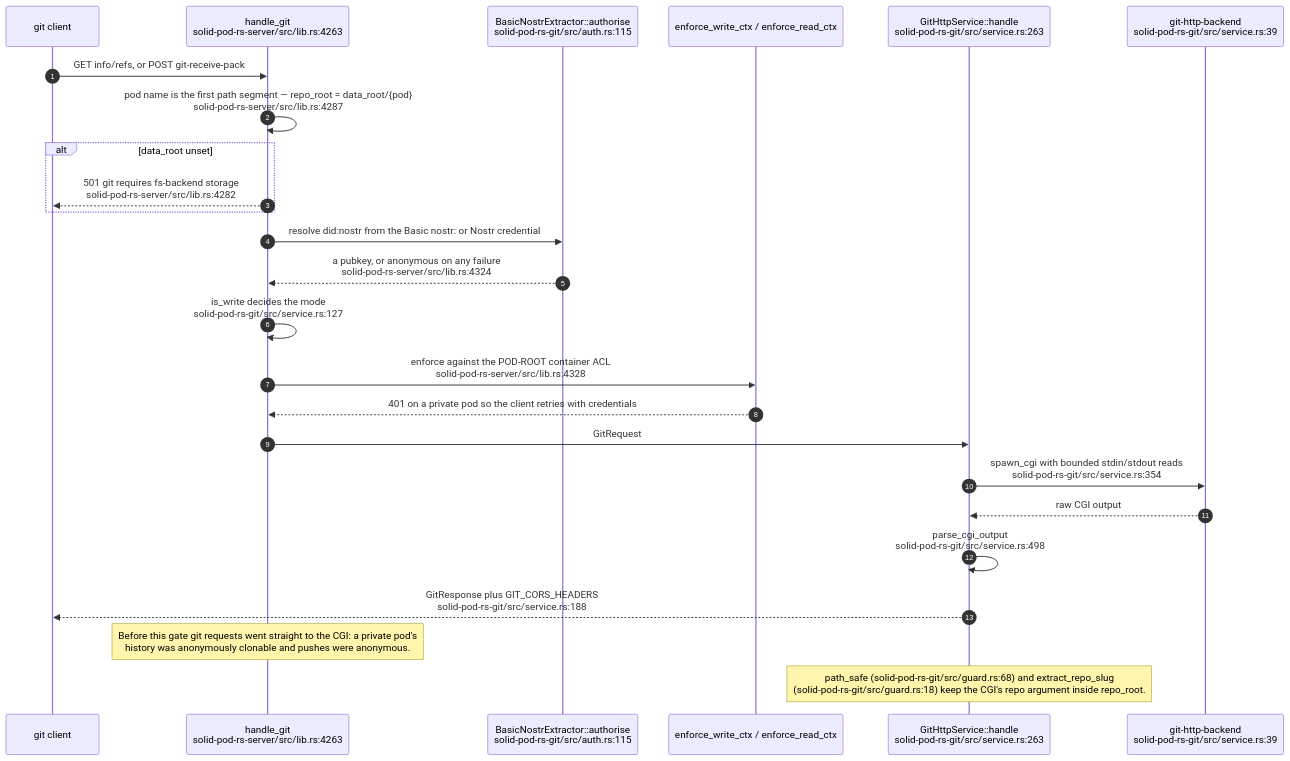
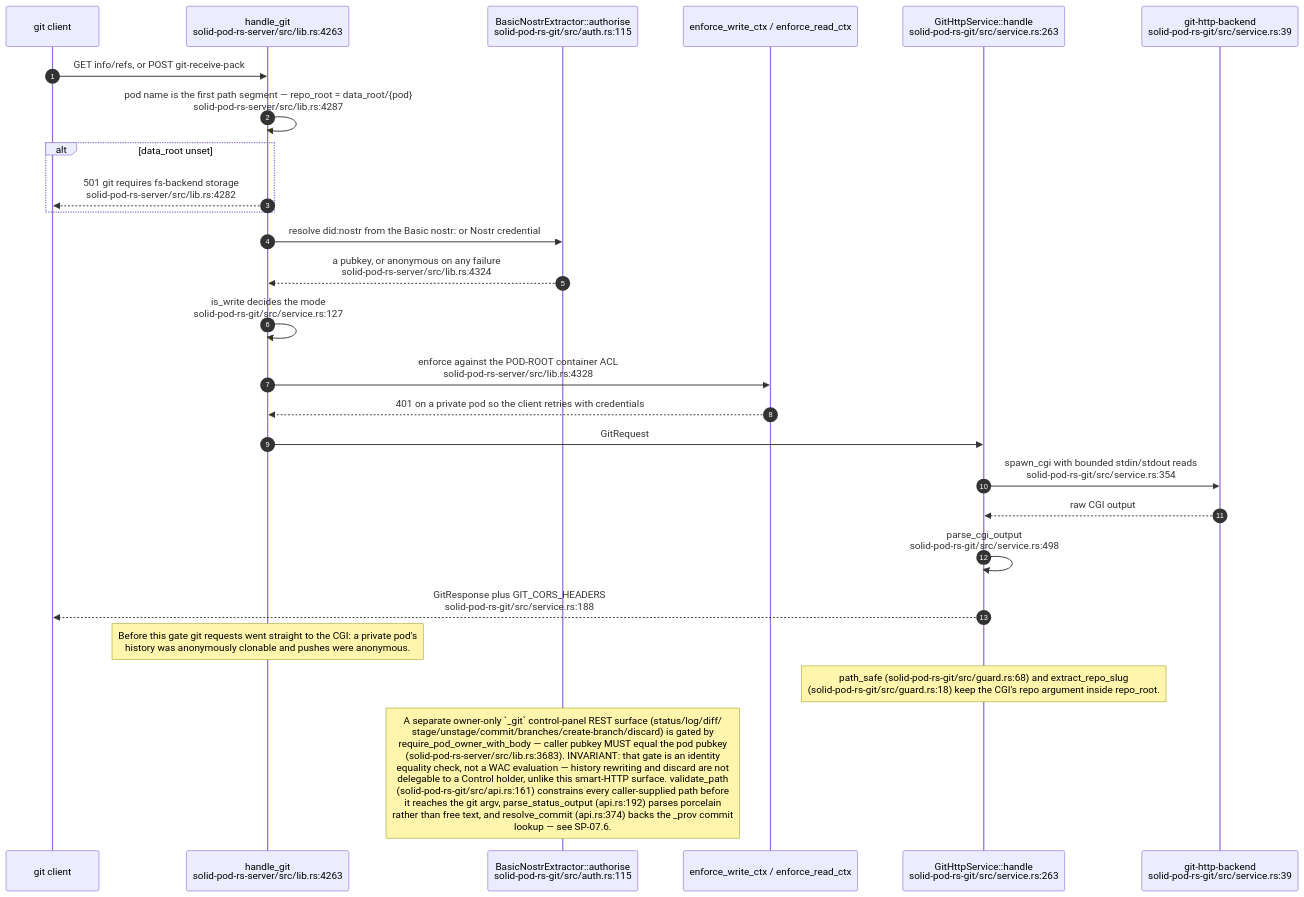
Before and after one commit to DreamLab-AI/VisionFlow: diagram 11 of 11 in docs/diagrams/solid-pod-rs/06-storage-quota-and-git-pods.md, drawn with Mermaid. The commit also changed other lines of this file and 136 other files, not shown here.

First line of the commit message:
docs(diagrams): refresh the whole corpus to code HEAD and prune low-value diagrams

````diff
--- a/docs/diagrams/solid-pod-rs/06-storage-quota-and-git-pods.md
+++ b/docs/diagrams/solid-pod-rs/06-storage-quota-and-git-pods.md
@@ -319,29 +308,30 @@
 ```mermaid
 sequenceDiagram
     autonumber
     participant C as git client
     participant H as handle_git<br/>solid-pod-rs-server/src/lib.rs:4263
     participant A as BasicNostrExtractor::authorise<br/>solid-pod-rs-git/src/auth.rs:115
     participant W as enforce_write_ctx / enforce_read_ctx
     participant S as GitHttpService::handle<br/>solid-pod-rs-git/src/service.rs:263
     participant CGI as git-http-backend<br/>solid-pod-rs-git/src/service.rs:39
 
     C->>H: GET info/refs, or POST git-receive-pack
     H->>H: pod name is the first path segment — repo_root = data_root/{pod}<br/>solid-pod-rs-server/src/lib.rs:4287
     alt data_root unset
         H-->>C: 501 git requires fs-backend storage<br/>solid-pod-rs-server/src/lib.rs:4282
     end
     H->>A: resolve did:nostr from the Basic nostr: or Nostr credential
     A-->>H: a pubkey, or anonymous on any failure<br/>solid-pod-rs-server/src/lib.rs:4324
     H->>H: is_write decides the mode<br/>solid-pod-rs-git/src/service.rs:127
     H->>W: enforce against the POD-ROOT container ACL<br/>solid-pod-rs-server/src/lib.rs:4328
     W-->>H: 401 on a private pod so the client retries with credentials
     H->>S: GitRequest
     S->>CGI: spawn_cgi with bounded stdin/stdout reads<br/>solid-pod-rs-git/src/service.rs:354
     CGI-->>S: raw CGI output
     S->>S: parse_cgi_output<br/>solid-pod-rs-git/src/service.rs:498
     S-->>C: GitResponse plus GIT_CORS_HEADERS<br/>solid-pod-rs-git/src/service.rs:188
 
     Note over H: Before this gate git requests went straight to the CGI: a private pod's<br/>history was anonymously clonable and pushes were anonymous.
     Note over S: path_safe (solid-pod-rs-git/src/guard.rs:68) and extract_repo_slug<br/>(solid-pod-rs-git/src/guard.rs:18) keep the CGI's repo argument inside repo_root.
+    Note over A: A separate owner-only `_git` control-panel REST surface (status/log/diff/<br/>stage/unstage/commit/branches/create-branch/discard) is gated by<br/>require_pod_owner_with_body — caller pubkey MUST equal the pod pubkey<br/>(solid-pod-rs-server/src/lib.rs:3683). INVARIANT: that gate is an identity<br/>equality check, not a WAC evaluation — history rewriting and discard are not<br/>delegable to a Control holder, unlike this smart-HTTP surface. validate_path<br/>(solid-pod-rs-git/src/api.rs:161) constrains every caller-supplied path before<br/>it reaches the git argv, parse_status_output (api.rs:192) parses porcelain<br/>rather than free text, and resolve_commit (api.rs:374) backs the _prov commit<br/>lookup — see SP-07.6.
 ```
````
